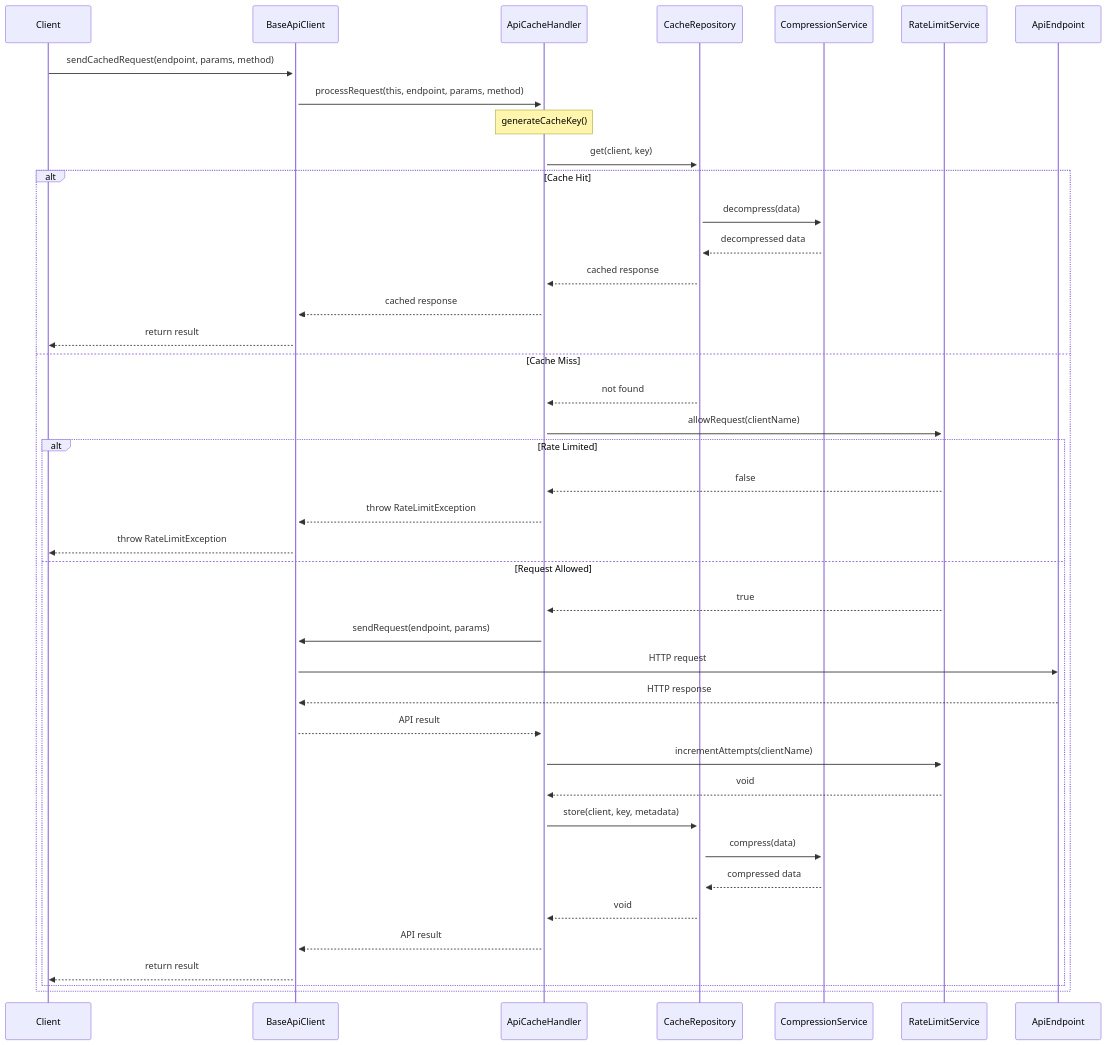
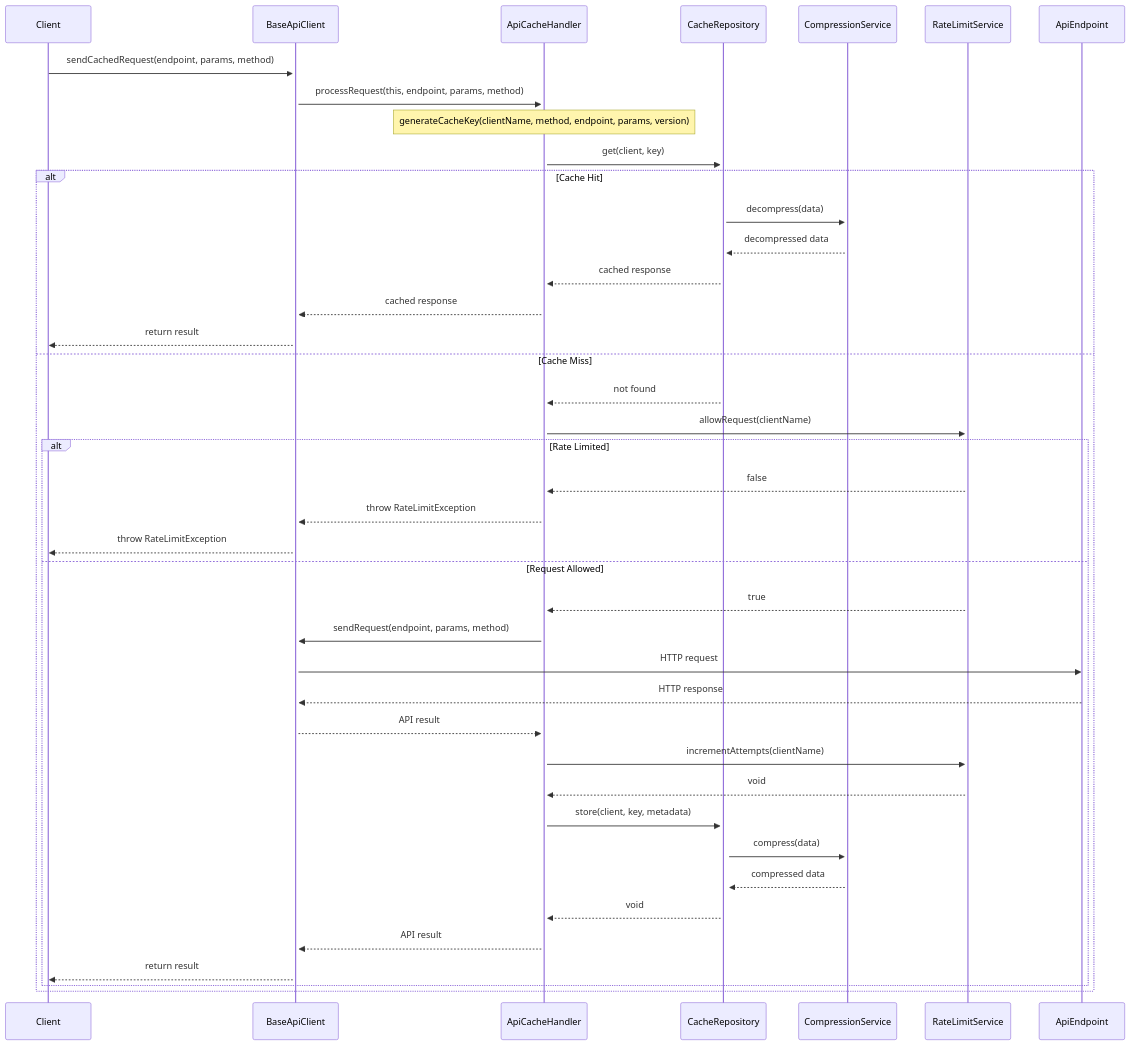
One commit to fofxtools/api-cache changed the diagram in docs/diagrams/sequence-diagram.mmd. Above: the diagram before and after it, drawn with Mermaid. The commit also changed 6 other files, not shown here.

```diff
--- a/docs/diagrams/sequence-diagram.mmd
+++ b/docs/diagrams/sequence-diagram.mmd
@@ -1,61 +1,60 @@
 sequenceDiagram
     participant Client
     participant BaseApiClient
     participant ApiCacheHandler
     participant CacheRepository
     participant CompressionService
     participant RateLimitService
     participant ApiEndpoint
     
     %% 1) Client calls BaseApiClient
     Client->>+BaseApiClient: sendCachedRequest(endpoint, params, method)
     BaseApiClient->>+ApiCacheHandler: processRequest(this, endpoint, params, method)
 
-    Note over ApiCacheHandler: generateCacheKey()
+    Note over ApiCacheHandler: generateCacheKey(clientName, method, endpoint, params, version)
 
     %% 2) Check cache
     ApiCacheHandler->>+CacheRepository: get(client, key)
 
     alt Cache Hit
         %% 3A) Cache hit: decompress and return
         CacheRepository->>+CompressionService: decompress(data)
         CompressionService-->>CacheRepository: decompressed data
         CacheRepository-->>ApiCacheHandler: cached response
         ApiCacheHandler-->>BaseApiClient: cached response
         BaseApiClient-->>Client: return result
 
     else Cache Miss
-        %% 3B) Cache miss: no cache, check rate limit
+        %% 3B) Cache miss: check rate limit
         CacheRepository-->>ApiCacheHandler: not found
         ApiCacheHandler->>+RateLimitService: allowRequest(clientName)
 
         alt Rate Limited
             %% 4A) Rate limit triggered
             RateLimitService-->>ApiCacheHandler: false
             ApiCacheHandler-->>BaseApiClient: throw RateLimitException
             BaseApiClient-->>Client: throw RateLimitException
 
         else Request Allowed
-            %% 4B) Rate limit OK: make a real API call
+            %% 4B) Rate limit OK: make real API call
             RateLimitService-->>ApiCacheHandler: true
-            
-            ApiCacheHandler->>BaseApiClient: sendRequest(endpoint, params)
+            ApiCacheHandler->>BaseApiClient: sendRequest(endpoint, params, method)
             BaseApiClient->>ApiEndpoint: HTTP request
             ApiEndpoint-->>BaseApiClient: HTTP response
             BaseApiClient-->>ApiCacheHandler: API result
 
-            %% 5) Track usage
+            %% 5) Track rate limit usage
             ApiCacheHandler->>RateLimitService: incrementAttempts(clientName)
             RateLimitService-->>ApiCacheHandler: void
 
             %% 6) Cache the fresh response
             ApiCacheHandler->>+CacheRepository: store(client, key, metadata)
             CacheRepository->>+CompressionService: compress(data)
             CompressionService-->>CacheRepository: compressed data
             CacheRepository-->>ApiCacheHandler: void
 
             %% 7) Return to client
             ApiCacheHandler-->>BaseApiClient: API result
             BaseApiClient-->>Client: return result
         end
     end
```
